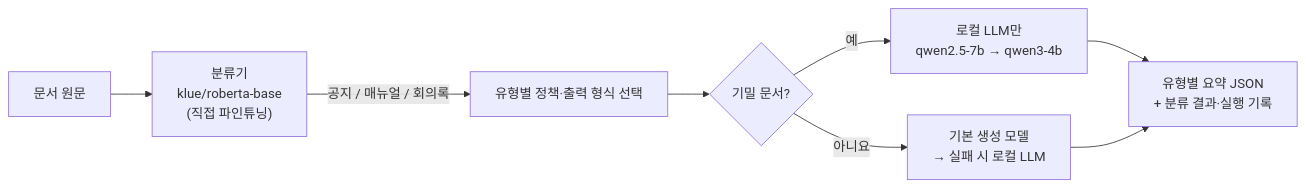
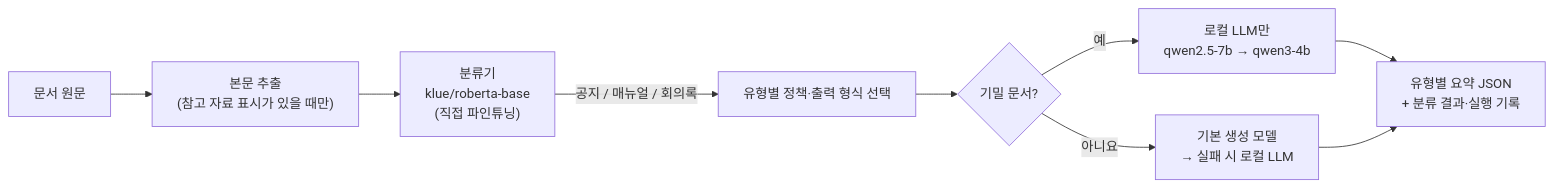
The diagram in README.md (AI3526/doc-classifier-summarizer-chain), drawn with Mermaid before and after one commit. The commit also changed other lines of this file, not shown here.

````diff
--- a/README.md
+++ b/README.md
@@ -14,10 +14,11 @@
 ```mermaid
 flowchart LR
-    A[문서 원문] --> B["분류기<br/>klue/roberta-base<br/>(직접 파인튜닝)"]
+    A[문서 원문] --> X["본문 추출<br/>(참고 자료 표시가 있을 때만)"]
+    X --> B["분류기<br/>klue/roberta-base<br/>(직접 파인튜닝)"]
     B -->|공지 / 매뉴얼 / 회의록| C["유형별 정책·출력 형식 선택"]
     C --> R{"기밀 문서?"}
     R -->|예| L["로컬 LLM만<br/>qwen2.5-7b → qwen3-4b"]
     R -->|아니요| N["기본 생성 모델<br/>→ 실패 시 로컬 LLM"]
     L --> E["유형별 요약 JSON<br/>+ 분류 결과·실행 기록"]
     N --> E
 ```
````
